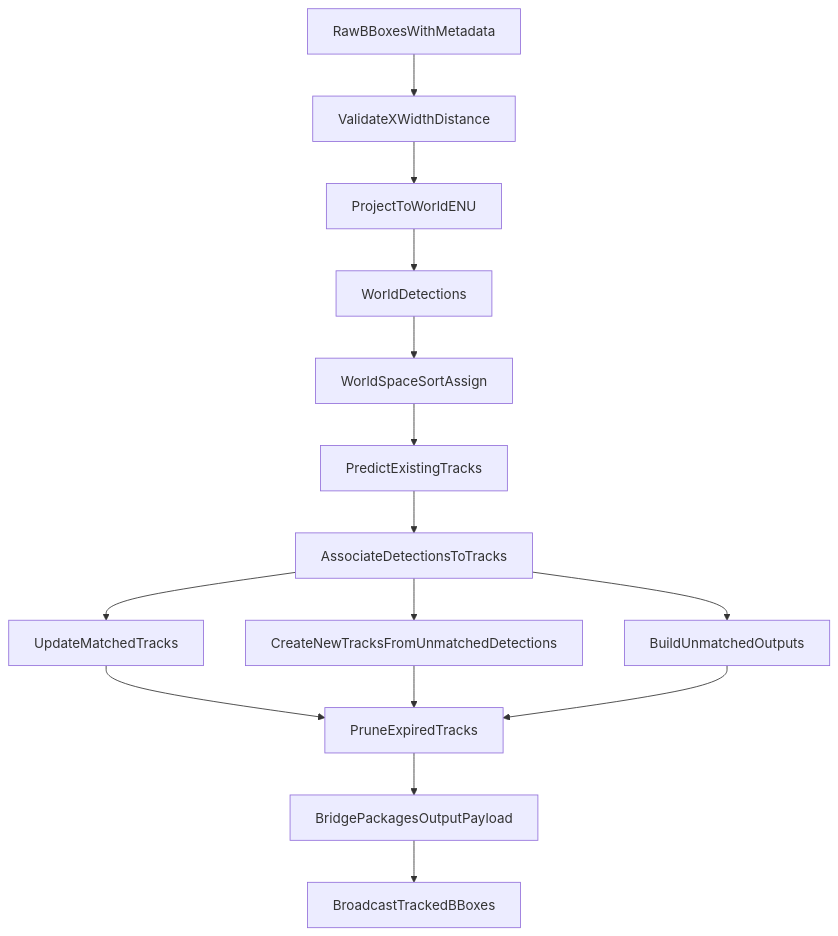
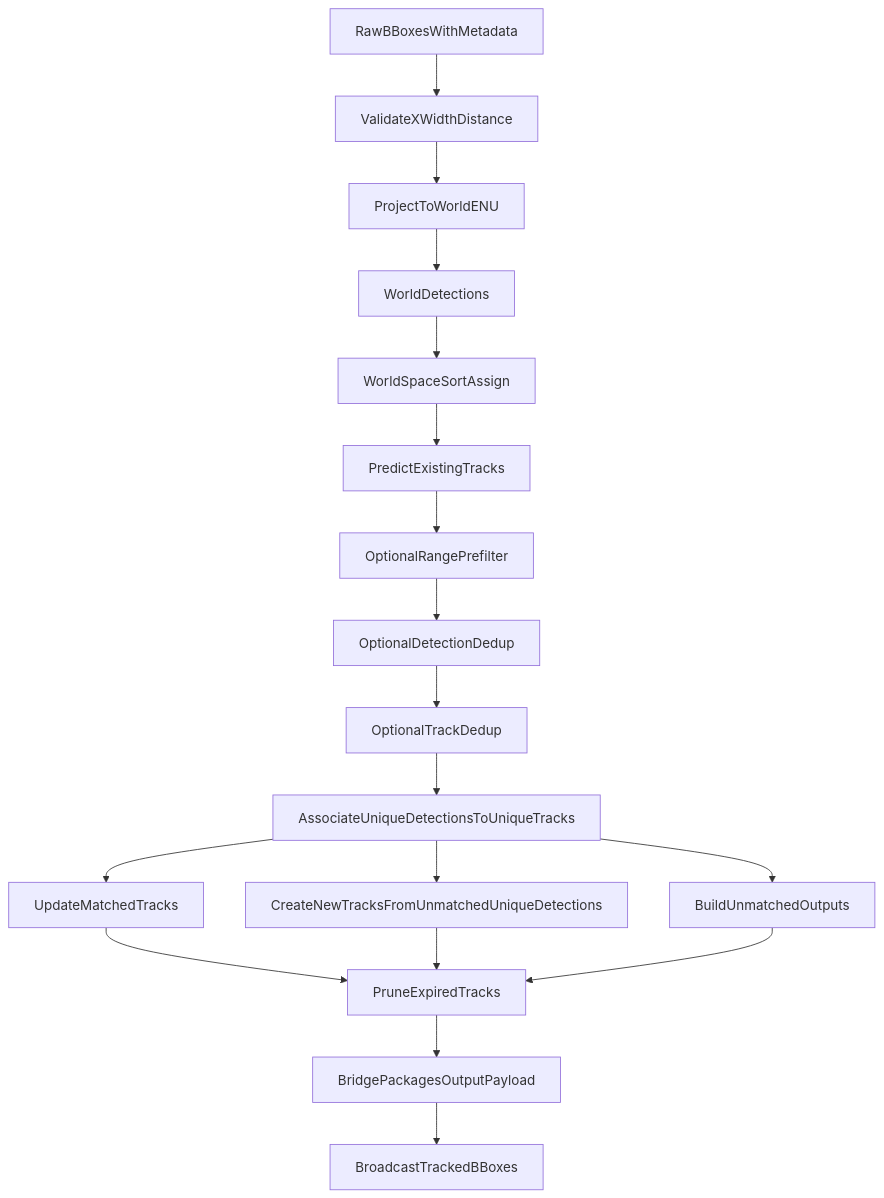
The first of 3 diagrams in docs/WORLD_SPACE_CONSTANT_VELOCITY_TRACKER_GUIDE.md (LOOKOUT-AI/sort), drawn with Mermaid before and after one commit. The commit also changed other lines of this file and 2 other files, not shown here.

````diff
--- a/docs/WORLD_SPACE_CONSTANT_VELOCITY_TRACKER_GUIDE.md
+++ b/docs/WORLD_SPACE_CONSTANT_VELOCITY_TRACKER_GUIDE.md
@@ -36,31 +38,37 @@
 ```mermaid
 flowchart TD
     rawBboxes[RawBBoxesWithMetadata]
     validateDets[ValidateXWidthDistance]
     projectWorld[ProjectToWorldENU]
     worldDets[WorldDetections]
     assignCall[WorldSpaceSortAssign]
     predictTracks[PredictExistingTracks]
-    associateStep[AssociateDetectionsToTracks]
+    prefilterStep[OptionalRangePrefilter]
+    detDedupStep[OptionalDetectionDedup]
+    trkDedupStep[OptionalTrackDedup]
+    associateStep[AssociateUniqueDetectionsToUniqueTracks]
     matchedUpdate[UpdateMatchedTracks]
-    birthStep[CreateNewTracksFromUnmatchedDetections]
+    birthStep[CreateNewTracksFromUnmatchedUniqueDetections]
     unmatchedOutputs[BuildUnmatchedOutputs]
     pruneStep[PruneExpiredTracks]
     bridgePack[BridgePackagesOutputPayload]
     downstream[BroadcastTrackedBBoxes]
 
     rawBboxes --> validateDets
     validateDets --> projectWorld
     projectWorld --> worldDets
     worldDets --> assignCall
     assignCall --> predictTracks
-    predictTracks --> associateStep
+    predictTracks --> prefilterStep
+    prefilterStep --> detDedupStep
+    detDedupStep --> trkDedupStep
+    trkDedupStep --> associateStep
     associateStep --> matchedUpdate
     associateStep --> birthStep
     associateStep --> unmatchedOutputs
     matchedUpdate --> pruneStep
     birthStep --> pruneStep
     unmatchedOutputs --> pruneStep
     pruneStep --> bridgePack
     bridgePack --> downstream
 ```
````
